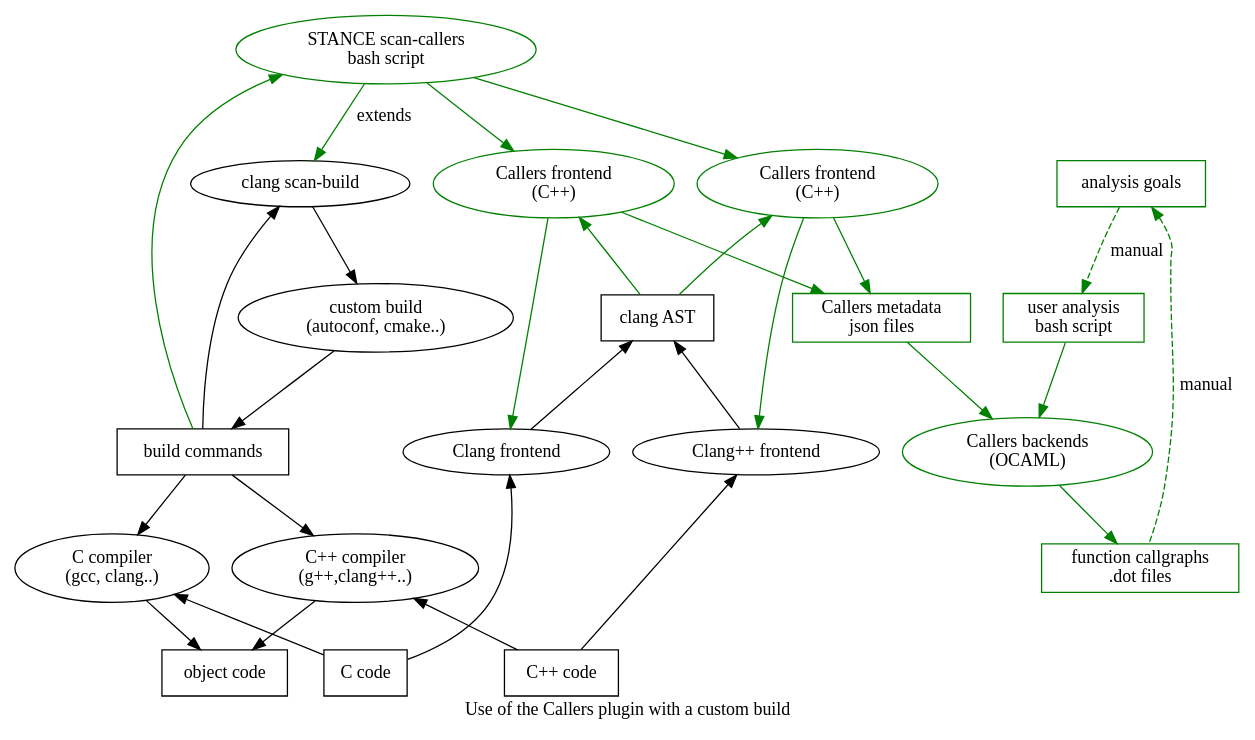
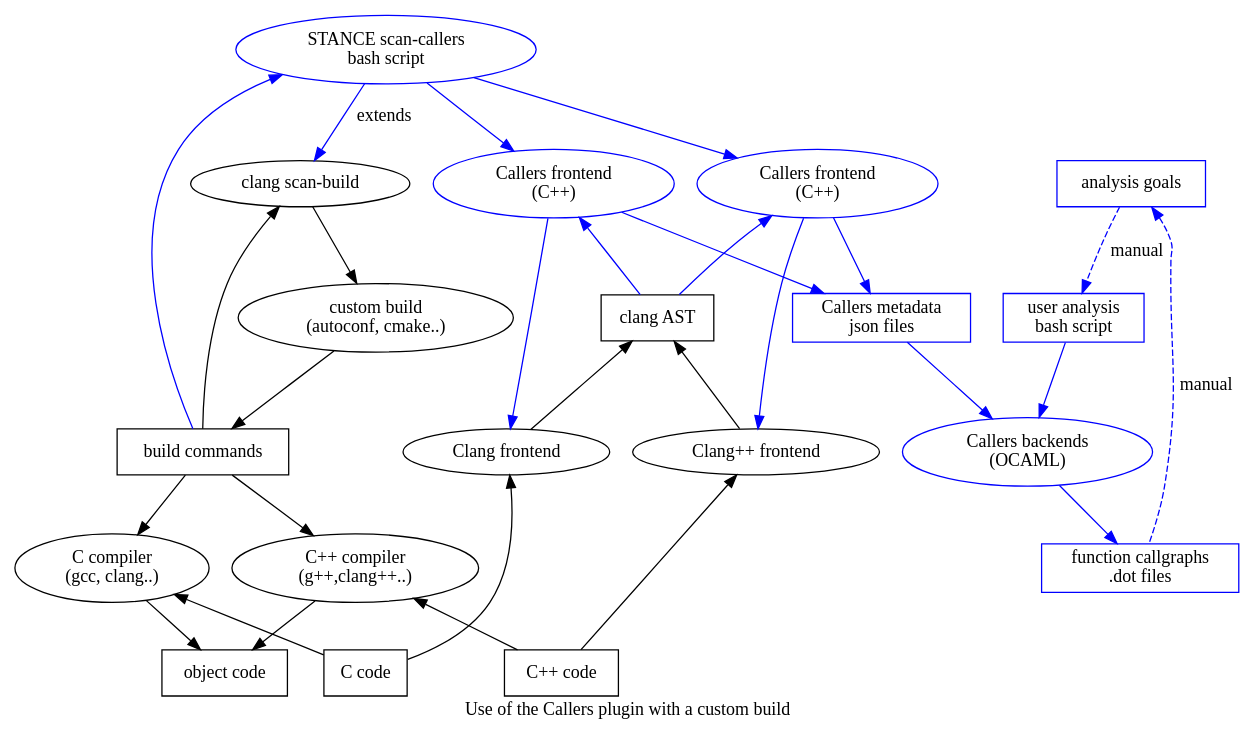
One commit to hbalp/callers changed the third of 9 diagrams in doc/callers.org. Above: the diagram before and after it, drawn with Graphviz. The commit also changed other lines of this file, not shown here.

Commit message:
Cleaned some dot graph definitions and completed Frama-C security analysis big picture.

```diff
--- a/doc/callers.org
+++ b/doc/callers.org
@@ -333,11 +333,11 @@
 label="Use of the Callers plugin with a custom build"
 
 "scan-build" [ label="clang scan-build" ]
-"scan-callers" [ label="STANCE scan-callers\nbash script", color=green ]
-"scan-callers" -> "scan-build" [ label="extends", color=green ]
-"scan-callers" -> "callers frontend" [ color=green ]
-"scan-callers" -> "callers++ frontend" [ color=green ]
-"scan-callers" -> "build commands" [ dir=back, color=green ]
+"scan-callers" [ label="STANCE scan-callers\nbash script", color=blue ]
+"scan-callers" -> "scan-build" [ label="extends", color=blue ]
+"scan-callers" -> "callers frontend" [ color=blue ]
+"scan-callers" -> "callers++ frontend" [ color=blue ]
+"scan-callers" -> "build commands" [ dir=back, color=blue ]
 
 // user build
 "user build" [ label="custom build\n(autoconf, cmake..)" ]
@@ -391,30 +391,30 @@
 
 // callers analysis
 "metadata json file" [ label="Callers metadata\njson files" ]
-"metadata json file" [ shape="box", color=green ]
+"metadata json file" [ shape="box", color=blue ]
 
 // callers C code analysis
-"callers frontend" [ color=green, label="Callers frontend\n(C++)" ]
-"callers frontend" -> "clang frontend" [ color=green ]
-"callers frontend" -> "clang AST" [ dir=back, color=green ]
-"callers frontend" -> "metadata json file" [ color=green ]
+"callers frontend" [ color=blue, label="Callers frontend\n(C++)" ]
+"callers frontend" -> "clang frontend" [ color=blue ]
+"callers frontend" -> "clang AST" [ dir=back, color=blue ]
+"callers frontend" -> "metadata json file" [ color=blue ]
 
 // callers C++ code analysis
-"callers++ frontend" [ color=green, label="Callers frontend\n(C++)" ]
-"callers++ frontend" -> "clang++ frontend" [ color=green ]
-"callers++ frontend" -> "clang AST" [ dir=back, color=green ]
-"callers++ frontend" -> "metadata json file" [ color=green ]
+"callers++ frontend" [ color=blue, label="Callers frontend\n(C++)" ]
+"callers++ frontend" -> "clang++ frontend" [ color=blue ]
+"callers++ frontend" -> "clang AST" [ dir=back, color=blue ]
+"callers++ frontend" -> "metadata json file" [ color=blue ]
 
 // callers backends
-"analysis goals" [ label="analysis goals", shape=box, color=green ]
-"user config" [ label="user analysis\nbash script", shape=box, color=green ]
-"analysis goals" -> "user config" [ style=dashed, label=manual, color=green ]
-"analysis goals" -> "function callgraphs" [ style=dashed, label="manual", dir=back, color=green ]
-"function callgraphs" [ label="function callgraphs\n.dot files", shape=box, color=green ]
-"callers backends" [ label="Callers backends\n(OCAML)", color="green" ]
-"metadata json file" -> "callers backends" [ color=green ]
-"user config" -> "callers backends" [ color=green ]
-"callers backends" -> "function callgraphs" [ color=green ]
+"analysis goals" [ label="analysis goals", shape=box, color=blue ]
+"user config" [ label="user analysis\nbash script", shape=box, color=blue ]
+"analysis goals" -> "user config" [ style=dashed, label=manual, color=blue ]
+"analysis goals" -> "function callgraphs" [ style=dashed, label="manual", dir=back, color=blue ]
+"function callgraphs" [ label="function callgraphs\n.dot files", shape=box, color=blue ]
+"callers backends" [ label="Callers backends\n(OCAML)", color="blue" ]
+"metadata json file" -> "callers backends" [ color=blue ]
+"user config" -> "callers backends" [ color=blue ]
+"callers backends" -> "function callgraphs" [ color=blue ]
 
 // frama-c++
 
```
